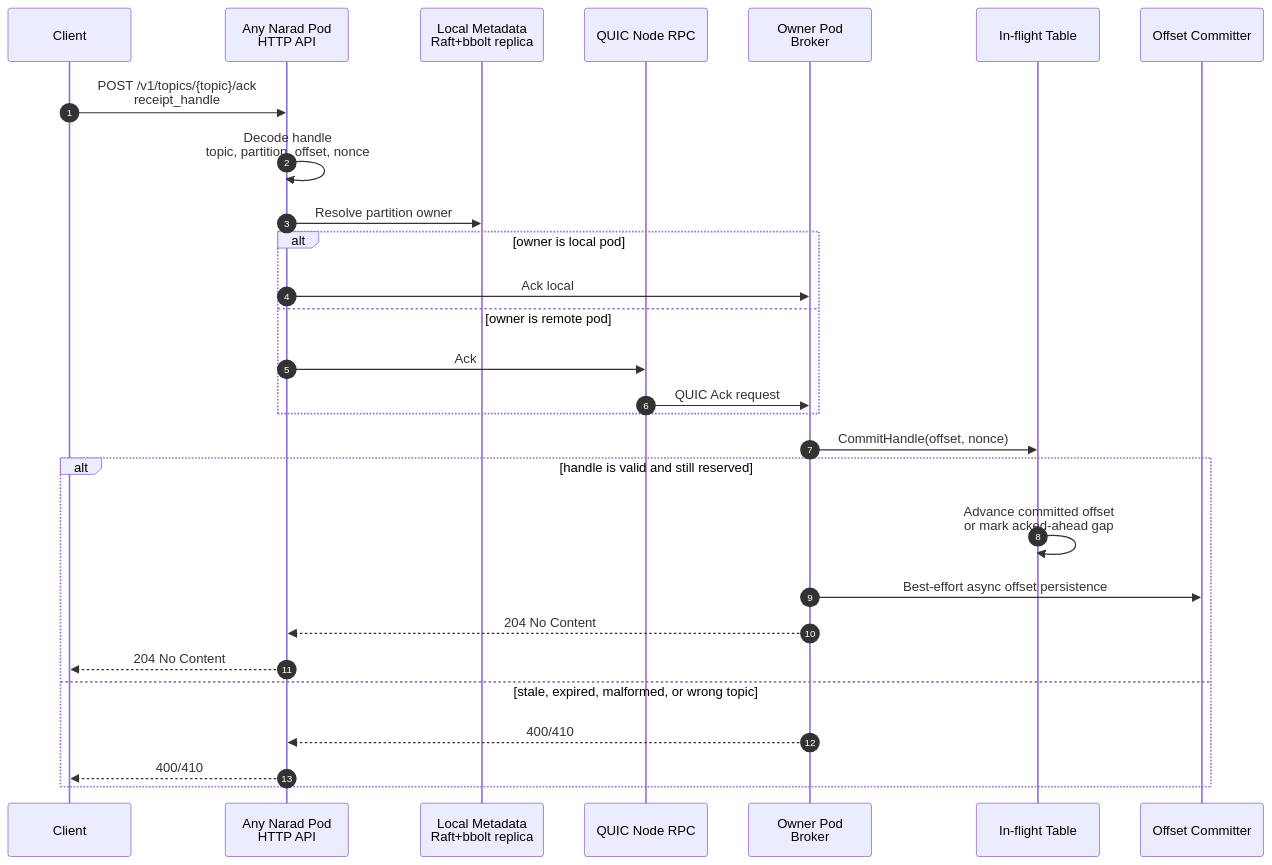
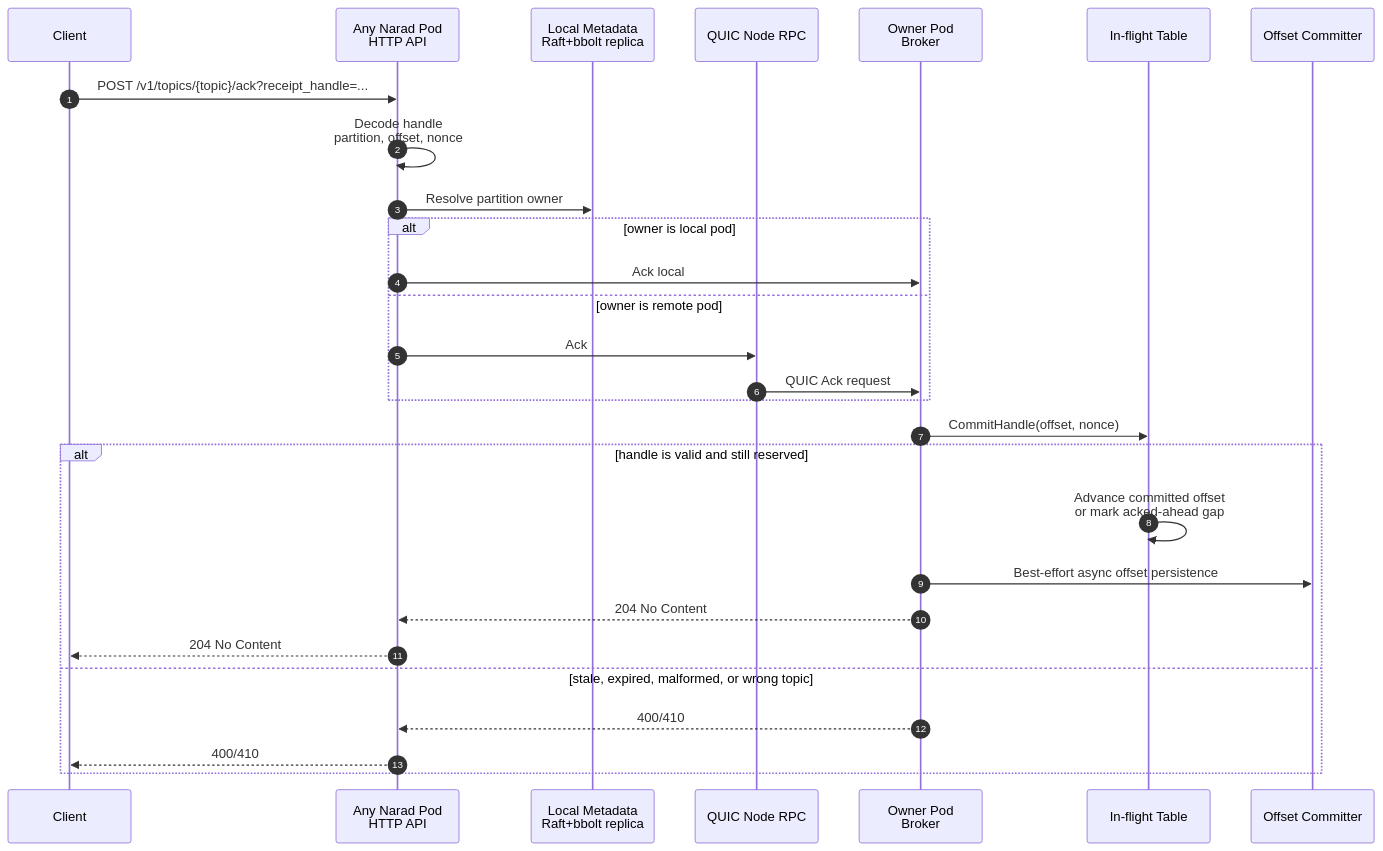
The third of 4 diagrams in PCA_FLOWS.md (DebanganThakuria/narad), drawn with Mermaid before and after one commit. The commit also changed other lines of this file and 32 other files, not shown here.

````diff
--- a/PCA_FLOWS.md
+++ b/PCA_FLOWS.md
@@ -108,33 +109,33 @@
 ```mermaid
 sequenceDiagram
     autonumber
     participant C as Client
     participant API as Any Narad Pod<br/>HTTP API
     participant MS as Local Metadata<br/>Raft+bbolt replica
     participant Q as QUIC Node RPC
     participant O as Owner Pod<br/>Broker
     participant IF as In-flight Table
     participant OC as Offset Committer
 
-    C->>API: POST /v1/topics/{topic}/ack<br/>receipt_handle
-    API->>API: Decode handle<br/>topic, partition, offset, nonce
+    C->>API: POST /v1/topics/{topic}/ack?receipt_handle=...
+    API->>API: Decode handle<br/>partition, offset, nonce
     API->>MS: Resolve partition owner
 
     alt owner is local pod
         API->>O: Ack local
     else owner is remote pod
         API->>Q: Ack
         Q->>O: QUIC Ack request
     end
 
     O->>IF: CommitHandle(offset, nonce)
     alt handle is valid and still reserved
         IF->>IF: Advance committed offset<br/>or mark acked-ahead gap
         O->>OC: Best-effort async offset persistence
         O-->>API: 204 No Content
         API-->>C: 204 No Content
     else stale, expired, malformed, or wrong topic
         O-->>API: 400/410
         API-->>C: 400/410
     end
 ```
````
